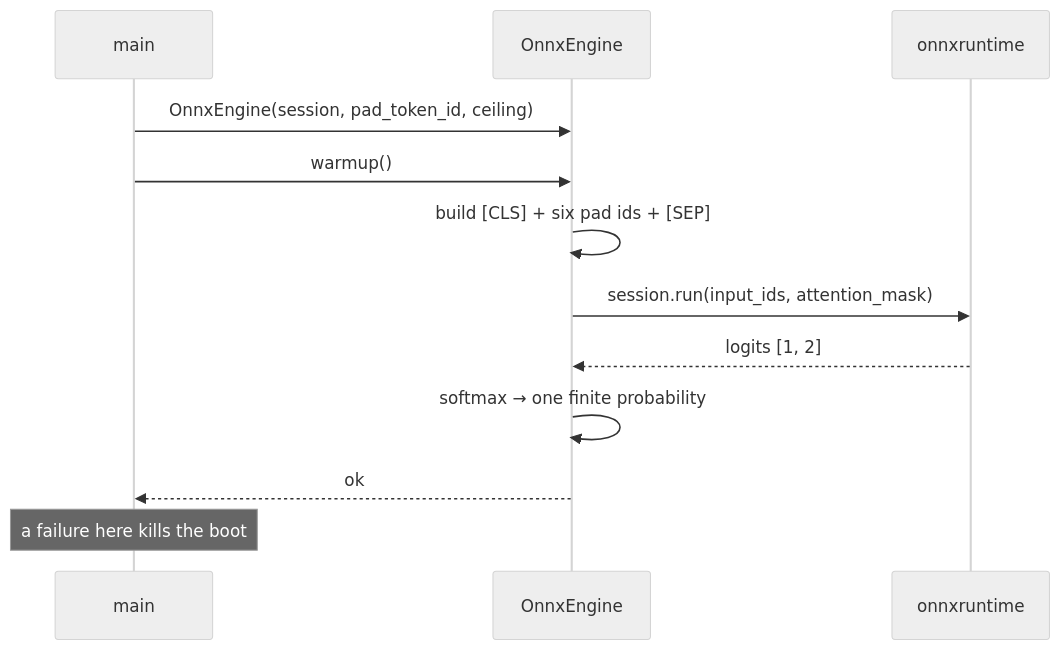
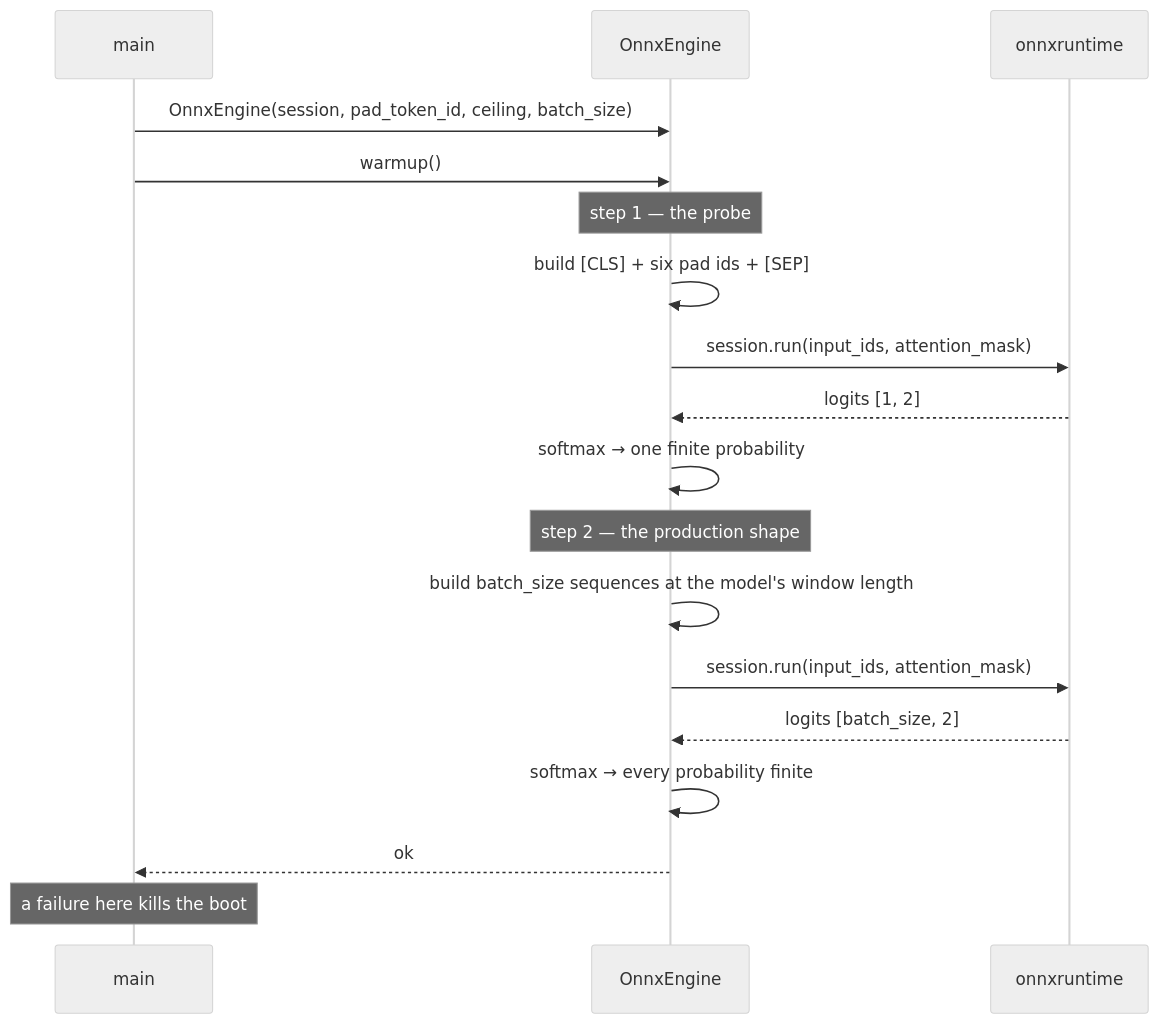
Before and after one commit to kunalPisolkar24/detectAI: the third of 6 diagrams in services/inference/specifications/references/inference-engine.md, drawn with Mermaid (neutral theme). The commit also changed other lines of this file, not shown here.

First line of the commit message:
Revise the inference engine reference for GPU deployment

````diff
--- a/services/inference/specifications/references/inference-engine.md
+++ b/services/inference/specifications/references/inference-engine.md
@@ -341,15 +477,21 @@
 ```mermaid
 sequenceDiagram
     participant M as main
     participant E as OnnxEngine
     participant O as onnxruntime
 
-    M->>E: OnnxEngine(session, pad_token_id, ceiling)
+    M->>E: OnnxEngine(session, pad_token_id, ceiling, batch_size)
     M->>E: warmup()
+    Note over E: step 1 — the probe
     E->>E: build [CLS] + six pad ids + [SEP]
     E->>O: session.run(input_ids, attention_mask)
     O-->>E: logits [1, 2]
     E->>E: softmax → one finite probability
+    Note over E: step 2 — the production shape
+    E->>E: build batch_size sequences at the model's window length
+    E->>O: session.run(input_ids, attention_mask)
+    O-->>E: logits [batch_size, 2]
+    E->>E: softmax → every probability finite
     E-->>M: ok
     Note over M: a failure here kills the boot
 ```
````
